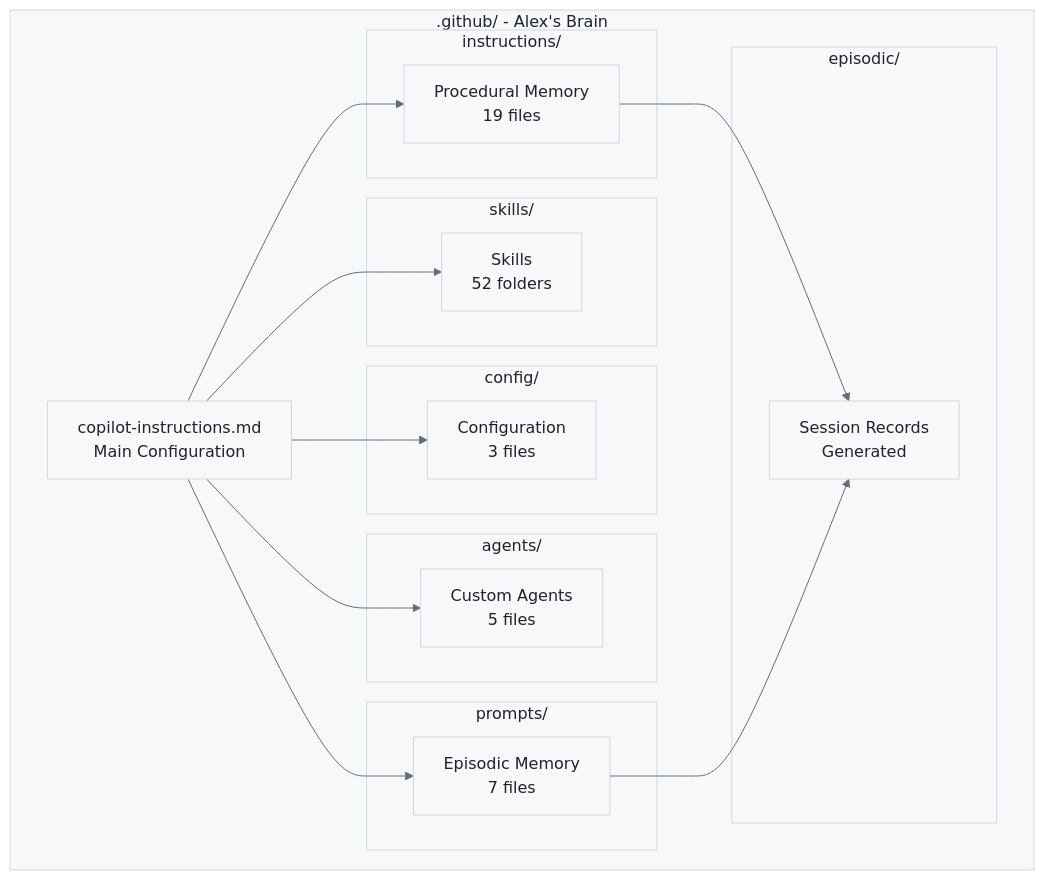
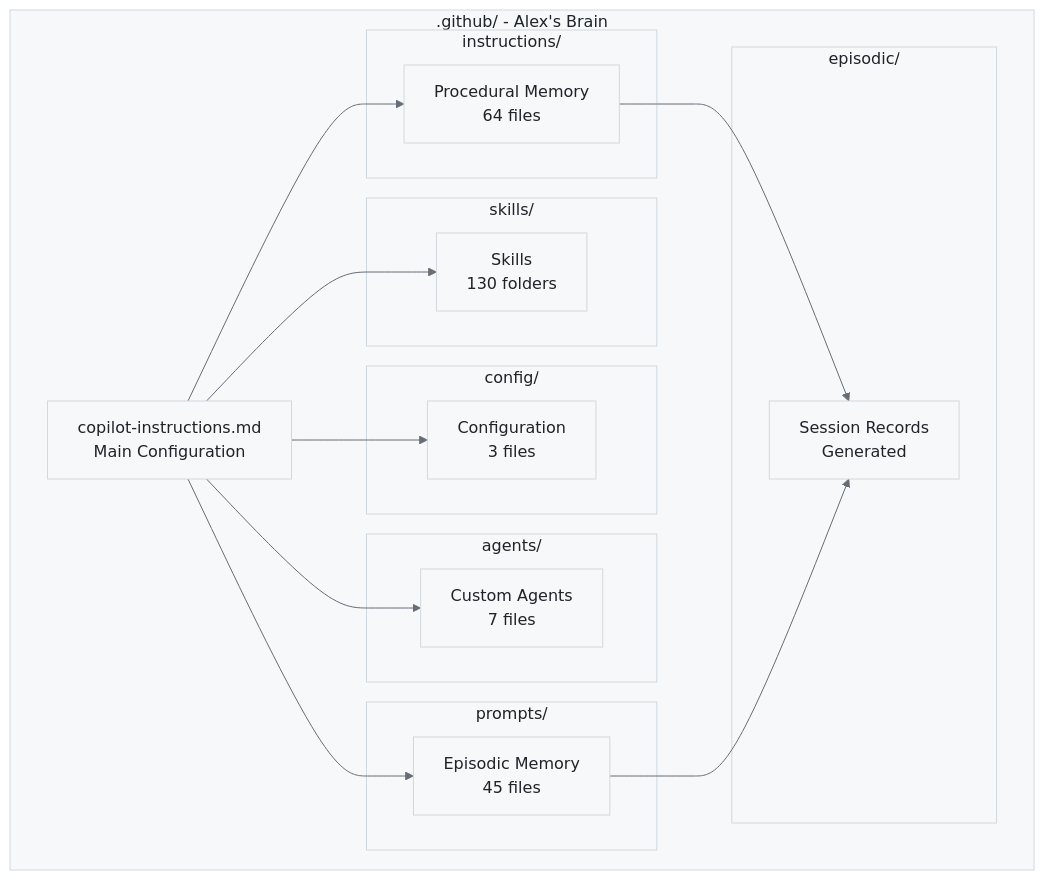
One commit to fabioc-aloha/Alex_Plug_In changed the diagram in alex_docs/guides/PROJECT-STRUCTURE.md. Above: the diagram before and after it, drawn with Mermaid. The commit also changed other lines of this file and 35 other files, not shown here.

````diff
--- a/alex_docs/guides/PROJECT-STRUCTURE.md
+++ b/alex_docs/guides/PROJECT-STRUCTURE.md
@@ -11,39 +11,39 @@
 ```mermaid
 %%{init: {'theme': 'base', 'themeVariables': { 'primaryColor': '#f6f8fa', 'primaryTextColor': '#1f2328', 'primaryBorderColor': '#d1d9e0', 'lineColor': '#656d76', 'secondaryColor': '#f6f8fa', 'tertiaryColor': '#ffffff', 'background': '#ffffff', 'mainBkg': '#f6f8fa', 'nodeBorder': '#d1d9e0', 'clusterBkg': '#f6f8fa', 'clusterBorder': '#d1d9e0', 'titleColor': '#1f2328', 'edgeLabelBackground': '#ffffff'}}}%%
 graph TB
     subgraph ".github/ - Alex's Brain"
         CI[copilot-instructions.md<br/>Main Configuration]
 
         subgraph "instructions/"
-            PROC[Procedural Memory<br/>19 files]
+            PROC[Procedural Memory<br/>64 files]
         end
 
         subgraph "prompts/"
-            EPIS[Episodic Memory<br/>7 files]
+            EPIS[Episodic Memory<br/>45 files]
         end
 
         subgraph "skills/"
-            SK[Skills<br/>52 folders]
+            SK[Skills<br/>130 folders]
         end
 
         subgraph "config/"
             CFG[Configuration<br/>3 files]
         end
 
         subgraph "agents/"
-            AGT[Custom Agents<br/>5 files]
+            AGT[Custom Agents<br/>7 files]
         end
 
         subgraph "episodic/"
             SESS[Session Records<br/>Generated]
         end
     end
 
     CI --> PROC
     CI --> EPIS
     CI --> SK
     CI --> CFG
     CI --> AGT
     PROC --> SESS
     EPIS --> SESS
 ```
````
